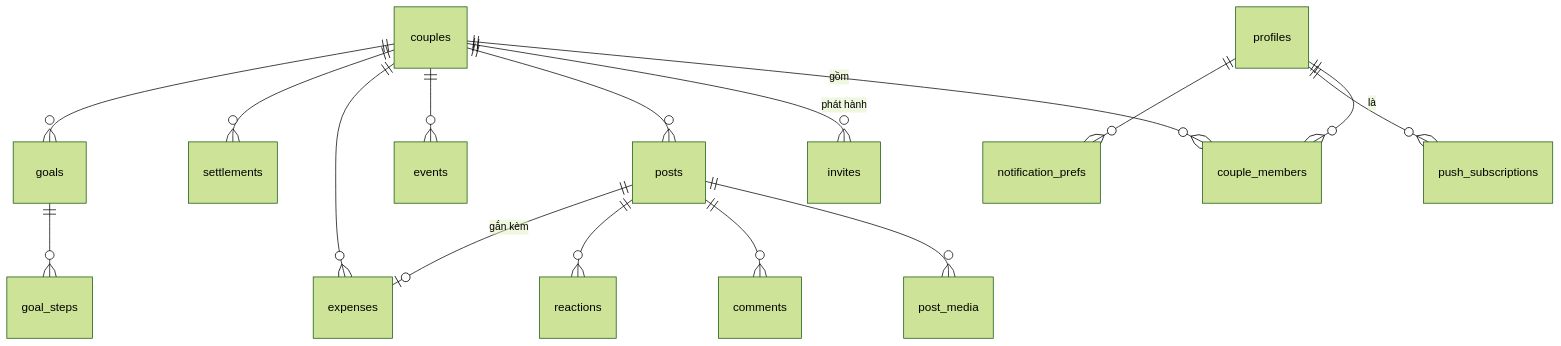
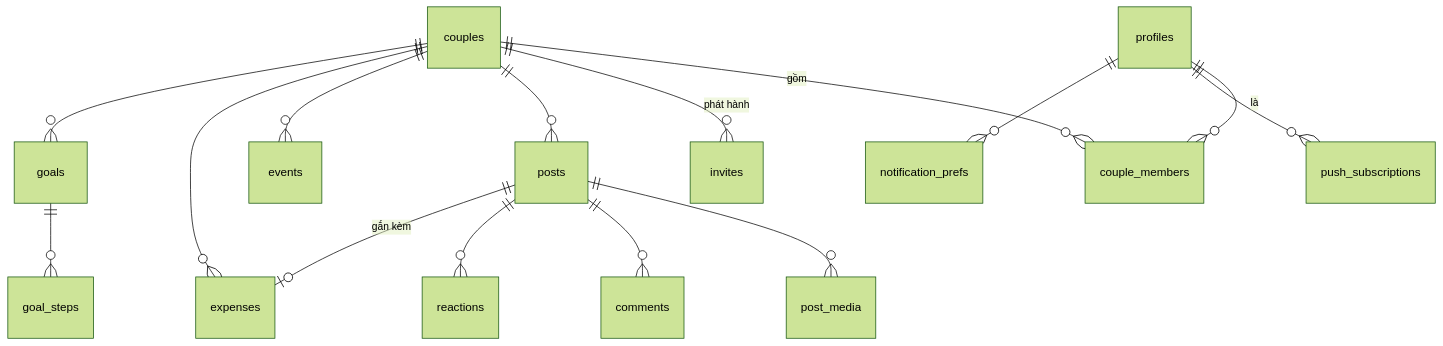
Before and after one commit to nmduc2026/couple-space: the diagram in docs/design/backend/database-schema.md, drawn with Mermaid (forest theme). The commit also changed other lines of this file and 55 other files, not shown here.

````diff
--- a/docs/design/backend/database-schema.md
+++ b/docs/design/backend/database-schema.md
@@ -33,21 +33,20 @@
 ```mermaid
 erDiagram
     profiles ||--o{ couple_members : "là"
     couples  ||--o{ couple_members : "gồm"
     couples  ||--o{ invites : "phát hành"
 
     couples ||--o{ posts : ""
     posts   ||--o{ post_media : ""
     posts   ||--o{ comments : ""
     posts   ||--o{ reactions : ""
     posts   ||--o| expenses : "gắn kèm"
 
     couples ||--o{ events : ""
     couples ||--o{ expenses : ""
-    couples ||--o{ settlements : ""
     couples ||--o{ goals : ""
     goals   ||--o{ goal_steps : ""
 
     profiles ||--o{ push_subscriptions : ""
     profiles ||--o{ notification_prefs : ""
 ```
````
